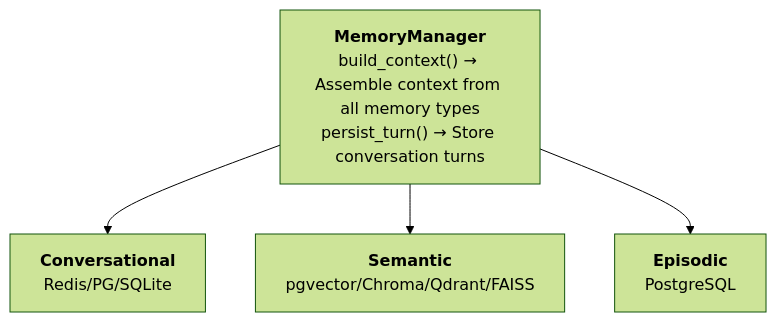
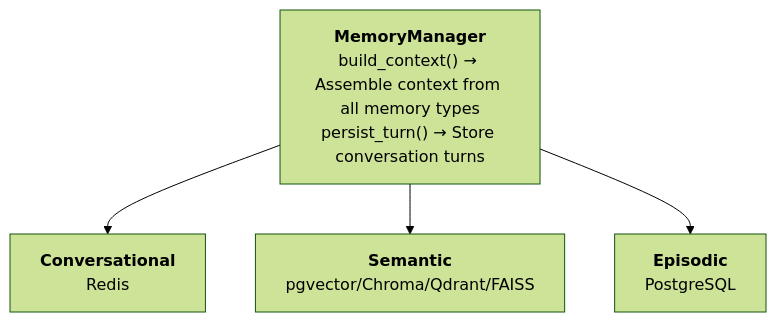
One commit to monaccode/astromesh changed the third of 5 diagrams in docs-site/src/content/docs/architecture/four-layer-design.md. Above: the diagram before and after it, drawn with Mermaid (forest theme). The commit also changed other lines of this file and 70 other files, not shown here.

````diff
--- a/docs-site/src/content/docs/architecture/four-layer-design.md
+++ b/docs-site/src/content/docs/architecture/four-layer-design.md
@@ -167,12 +167,12 @@
 ```mermaid
 flowchart TB
     mm["`**MemoryManager**
     build_context() → Assemble context from all memory types
     persist_turn() → Store conversation turns`"]
     mm --> conv["`**Conversational**
-    Redis/PG/SQLite`"]
+    Redis`"]
     mm --> sem["`**Semantic**
     pgvector/Chroma/Qdrant/FAISS`"]
     mm --> epi["`**Episodic**
     PostgreSQL`"]
 ```
````
